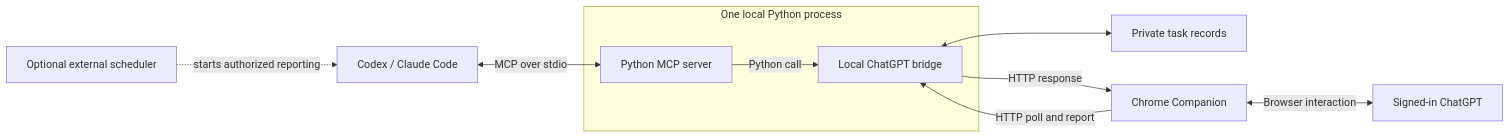
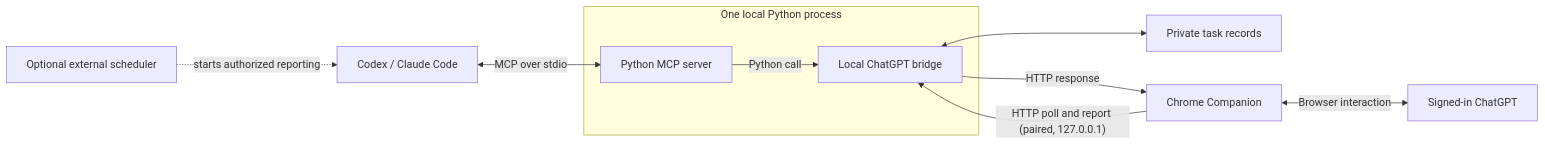
The diagram in README.md (felixchenfy/ask-my-chatgpt), drawn with Mermaid before and after one commit. The commit also changed other lines of this file and 24 other files, not shown here.

````diff
--- a/README.md
+++ b/README.md
@@ -49,12 +123,12 @@
 ```mermaid
 flowchart LR
     S["Optional external scheduler"] -. "starts authorized reporting" .-> C["Codex / Claude Code"]
     C <-->|"MCP over stdio"| P["Python MCP server"]
     subgraph PY["One local Python process"]
         P -->|"Python call"| B["Local ChatGPT bridge"]
     end
     B <--> R["Private task records"]
-    X["Chrome Companion"] -->|"HTTP poll and report"| B
+    X["Chrome Companion"] -->|"HTTP poll and report (paired, 127.0.0.1)"| B
     B -->|"HTTP response"| X
     X <-->|"Browser interaction"| G["Signed-in ChatGPT"]
 ```
````
